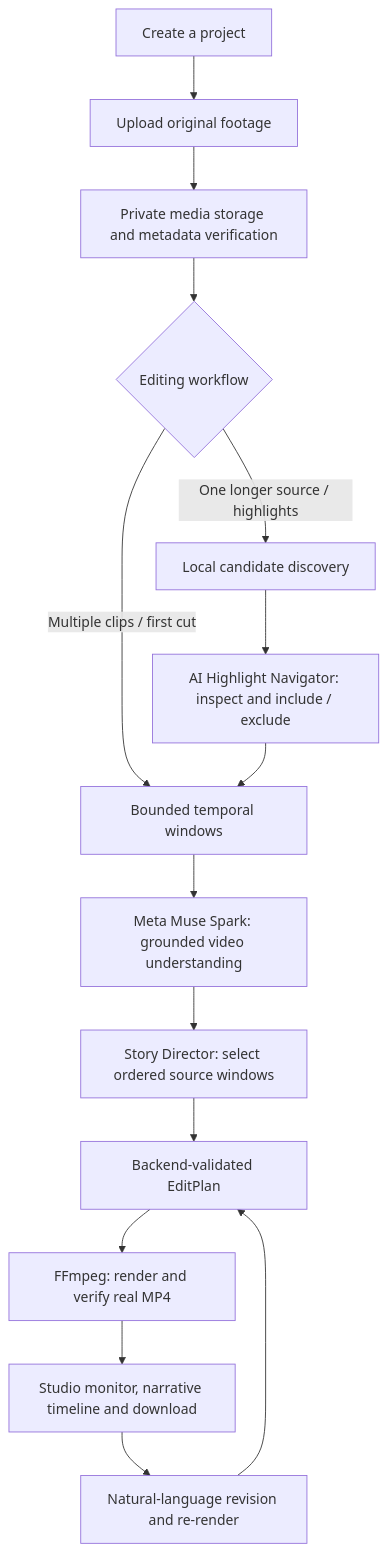
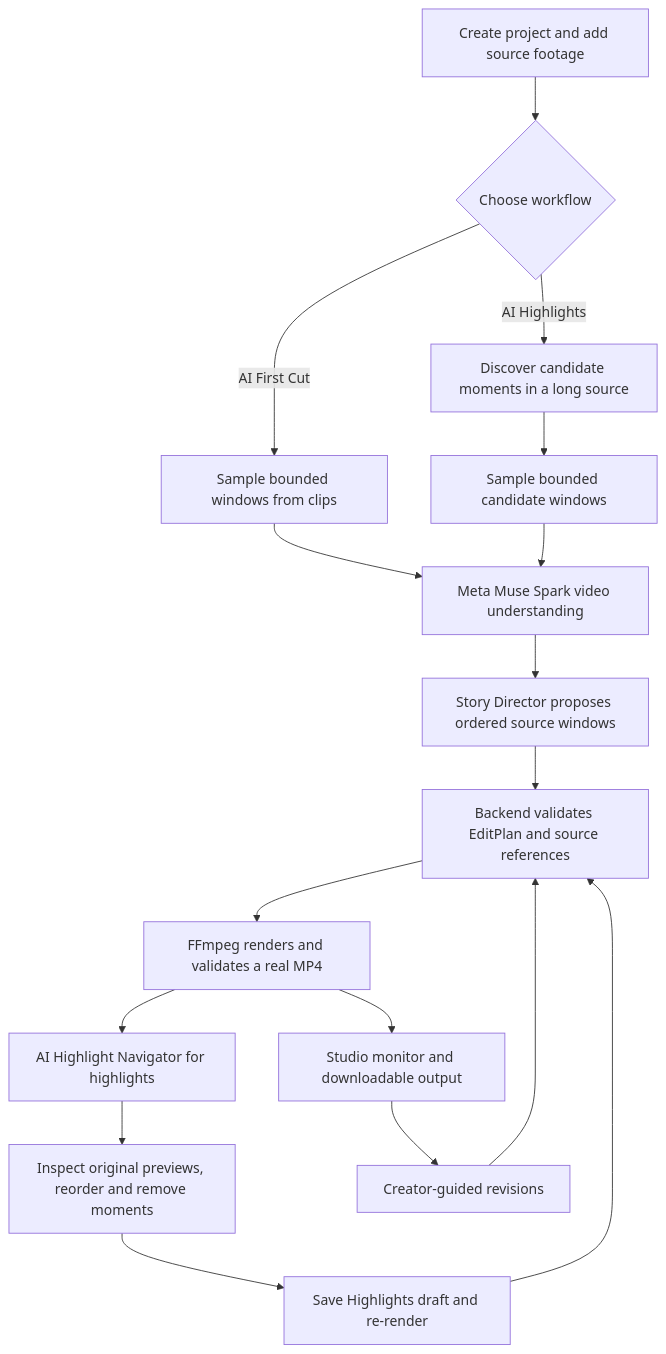
The diagram in README.md (JordanAryaLeksana/intentcut), drawn with Mermaid before and after one commit. The commit also changed other lines of this file, not shown here.

````diff
--- a/README.md
+++ b/README.md
@@ -33,17 +33,19 @@
 ```mermaid
 flowchart TD
-    A[Create a project] --> B[Upload original footage]
-    B --> C[Private media storage and metadata verification]
-    C --> D{Editing workflow}
-    D -->|Multiple clips / first cut| E[Bounded temporal windows]
-    D -->|One longer source / highlights| F[Local candidate discovery]
-    F --> G[AI Highlight Navigator: inspect and include / exclude]
-    G --> E
-    E --> H[Meta Muse Spark: grounded video understanding]
-    H --> I[Story Director: select ordered source windows]
-    I --> J[Backend-validated EditPlan]
-    J --> K[FFmpeg: render and verify real MP4]
-    K --> L[Studio monitor, narrative timeline and download]
-    L --> M[Natural-language revision and re-render]
-    M --> J
+    A[Create project and add source footage] --> B{Choose workflow}
+    B -->|AI First Cut| C[Sample bounded windows from clips]
+    B -->|AI Highlights| D[Discover candidate moments in a long source]
+    D --> E[Sample bounded candidate windows]
+    C --> F[Meta Muse Spark video understanding]
+    E --> F
+    F --> G[Story Director proposes ordered source windows]
+    G --> H[Backend validates EditPlan and source references]
+    H --> I[FFmpeg renders and validates a real MP4]
+    I --> J[Studio monitor and downloadable output]
+    I --> K[AI Highlight Navigator for highlights]
+    K --> L[Inspect original previews, reorder and remove moments]
+    L --> M[Save Highlights draft and re-render]
+    M --> H
+    J --> N[Creator-guided revisions]
+    N --> H
 ```
````
